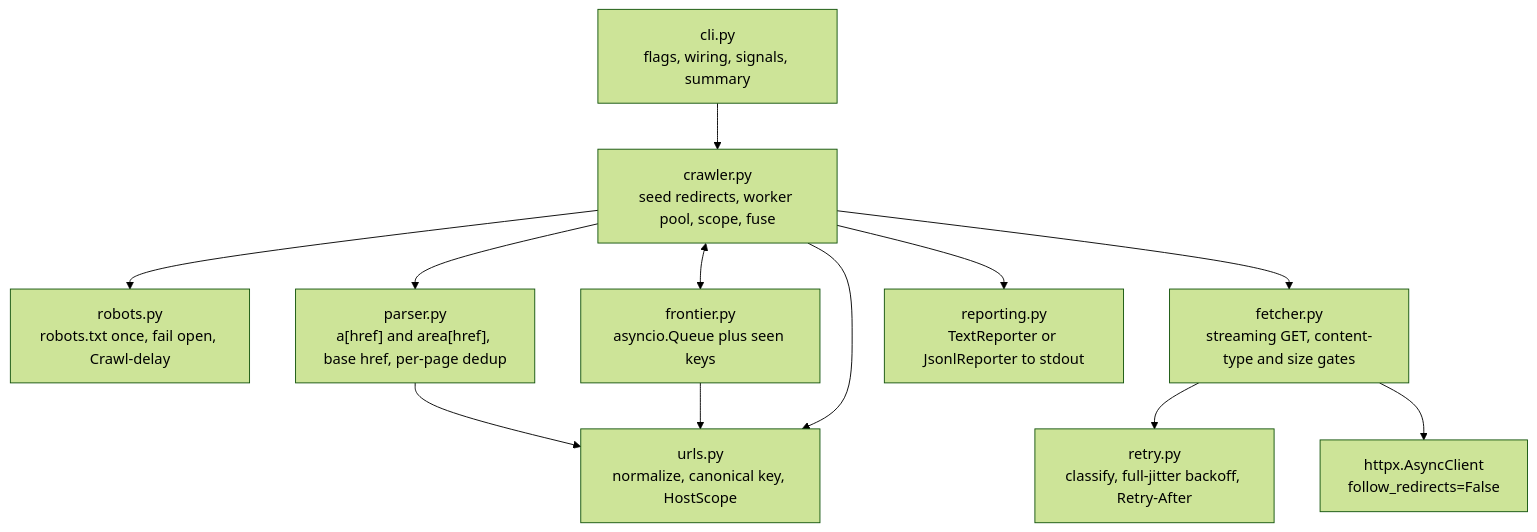
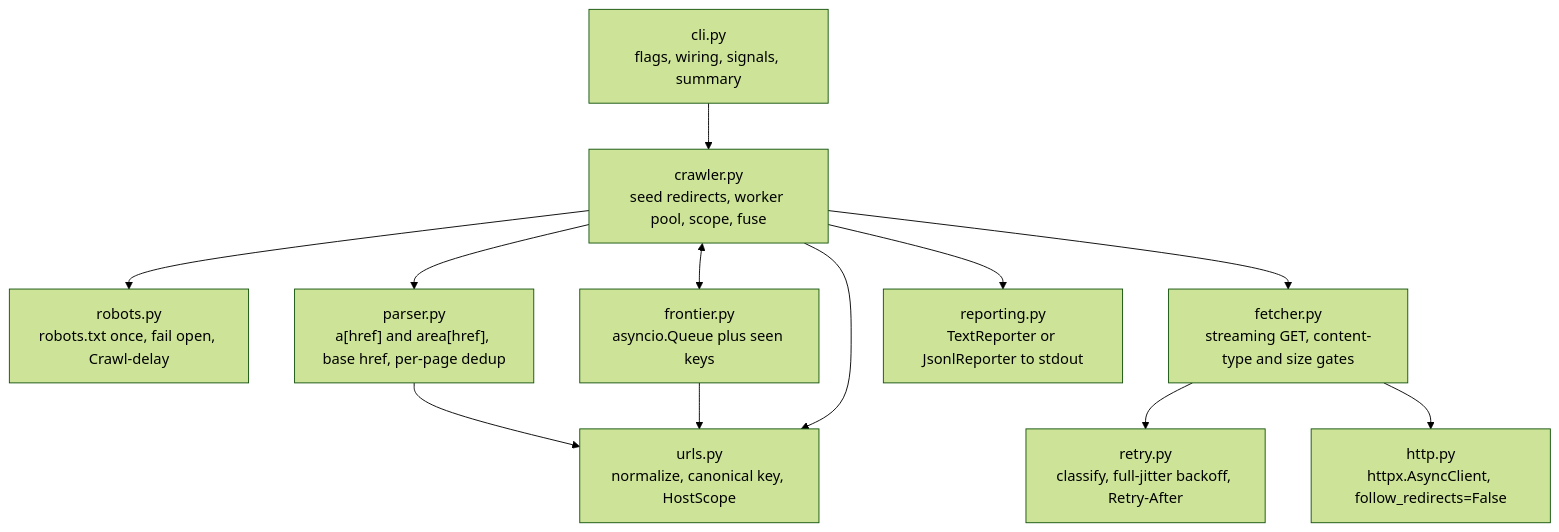
The first of 2 diagrams in README.md (jmbcs/url-crawler), drawn with Mermaid (forest theme) before and after one commit. The commit also changed other lines of this file, not shown here.

````diff
--- a/README.md
+++ b/README.md
@@ -122,14 +133,14 @@
 ```mermaid
 flowchart TD
     CLI["cli.py<br>flags, wiring, signals, summary"] --> Crawler["crawler.py<br>seed redirects, worker pool, scope, fuse"]
     Crawler --> Robots["robots.py<br>robots.txt once, fail open, Crawl-delay"]
     Crawler <--> Frontier["frontier.py<br>asyncio.Queue plus seen keys"]
     Crawler --> Fetcher["fetcher.py<br>streaming GET, content-type and size gates"]
     Fetcher --> Retry["retry.py<br>classify, full-jitter backoff, Retry-After"]
-    Fetcher --> Client["httpx.AsyncClient<br>follow_redirects=False"]
+    Fetcher --> Client["http.py<br>httpx.AsyncClient, follow_redirects=False"]
     Crawler --> Parser["parser.py<br>a[href] and area[href], base href, per-page dedup"]
     Parser --> Urls["urls.py<br>normalize, canonical key, HostScope"]
     Frontier --> Urls
     Crawler --> Urls
     Crawler --> Reporter["reporting.py<br>TextReporter or JsonlReporter to stdout"]
 ```
````
